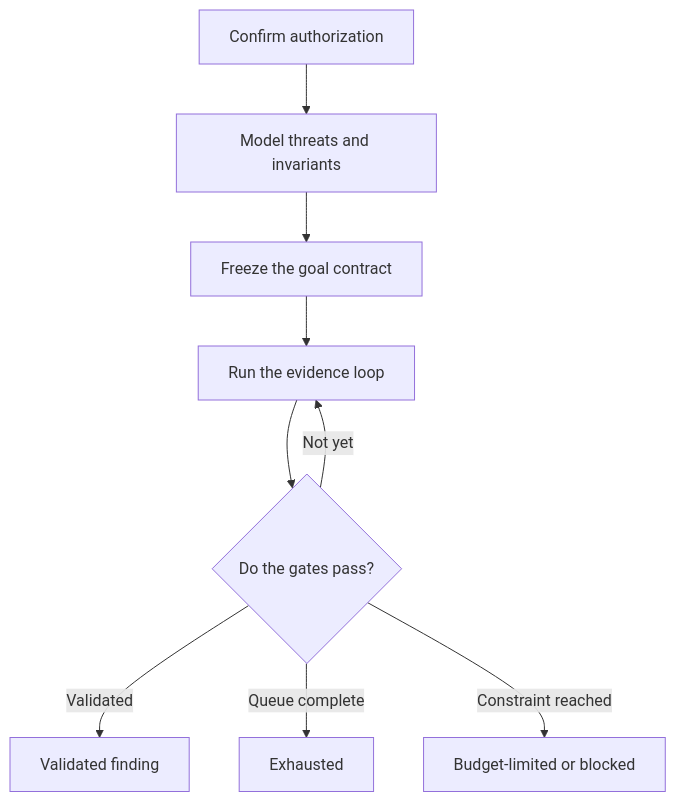
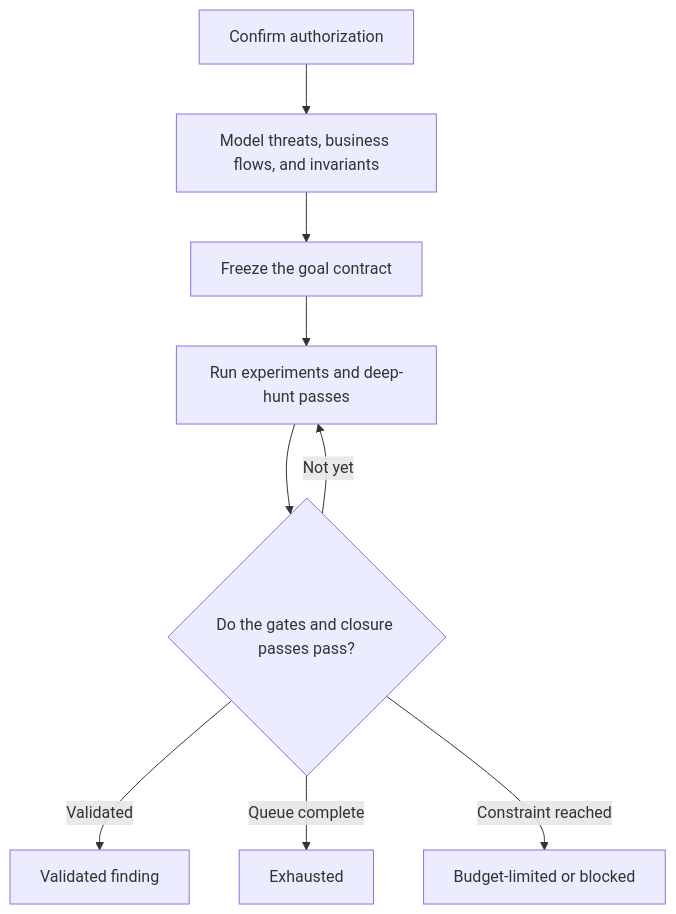
One commit to yours-DivineDragon/Aim-for-the-head changed the first of 2 diagrams in README.md. Above: the diagram before and after it, drawn with Mermaid. The commit also changed other lines of this file and 251 other files, not shown here.

````diff
--- a/README.md
+++ b/README.md
@@ -266,11 +296,11 @@
 ```mermaid
 flowchart TD
-    A[Confirm authorization] --> B[Model threats and invariants]
+    A[Confirm authorization] --> B[Model threats, business flows, and invariants]
     B --> C[Freeze the goal contract]
-    C --> D[Run the evidence loop]
-    D --> E{Do the gates pass?}
+    C --> D[Run experiments and deep-hunt passes]
+    D --> E{Do the gates and closure passes pass?}
     E -->|Not yet| D
     E -->|Validated| F[Validated finding]
     E -->|Queue complete| G[Exhausted]
     E -->|Constraint reached| H[Budget-limited or blocked]
 ```
````
